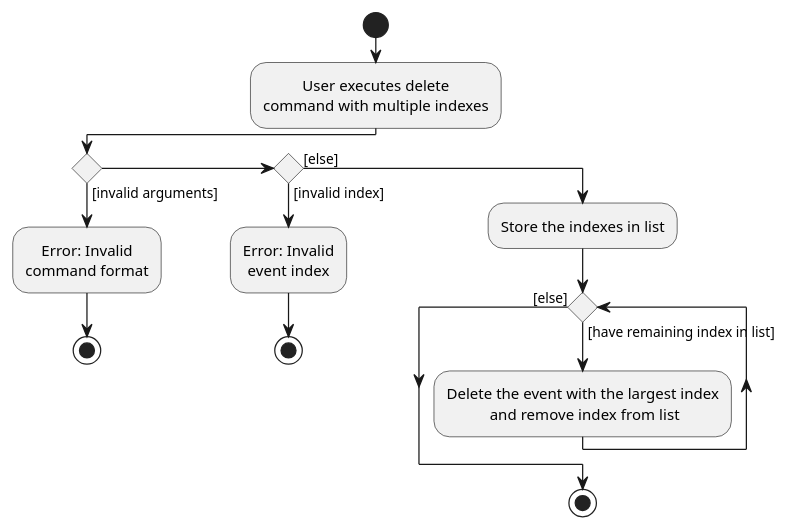
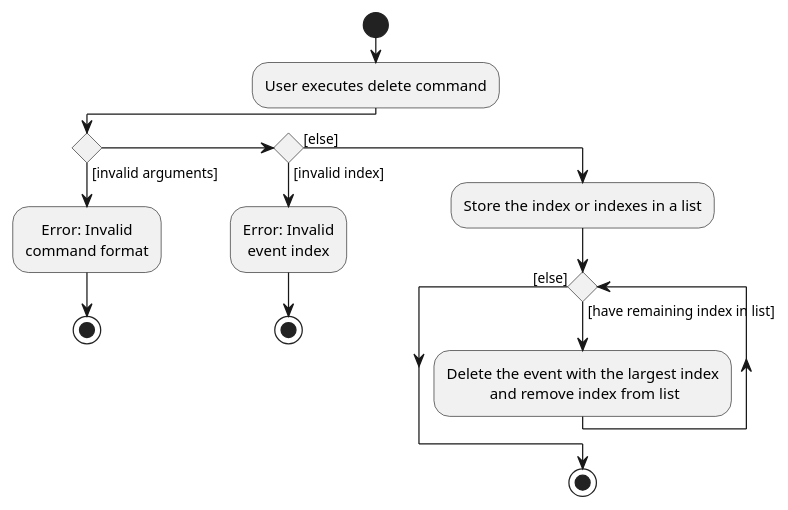
Before and after one commit to nus-cs2103-AY2223S2/tp: the diagram in docs/diagrams/DeleteCommandWithMultipleIndexesActivityDiagram.puml, drawn with PlantUML. The commit also changed 1 other file, not shown here.

Commit message:
Add find command activity diagram

```diff
--- a/docs/diagrams/DeleteCommandWithMultipleIndexesActivityDiagram.puml
+++ b/docs/diagrams/DeleteCommandWithMultipleIndexesActivityDiagram.puml
@@ -1,25 +1,24 @@
 @startuml
 skinparam defaultTextAlignment center
 start
-:User executes delete
-command with multiple indexes;
+:User executes delete command;
 
 'Since the beta syntax does not support placing the condition outside the
 'diamond we place it as the true branch instead.
 
 if () then ([invalid arguments])
     :Error: Invalid
     command format;
 stop
 else if () then ([invalid index])
     :Error: Invalid
     event index;
 stop
 else ([else])
-    :Store the indexes in list;
+    :Store the index or indexes in a list;
 while () is ([have remaining index in list])
     :Delete the event with the largest index
      and remove index from list;
 endwhile ([else])
 stop
 @enduml
```
